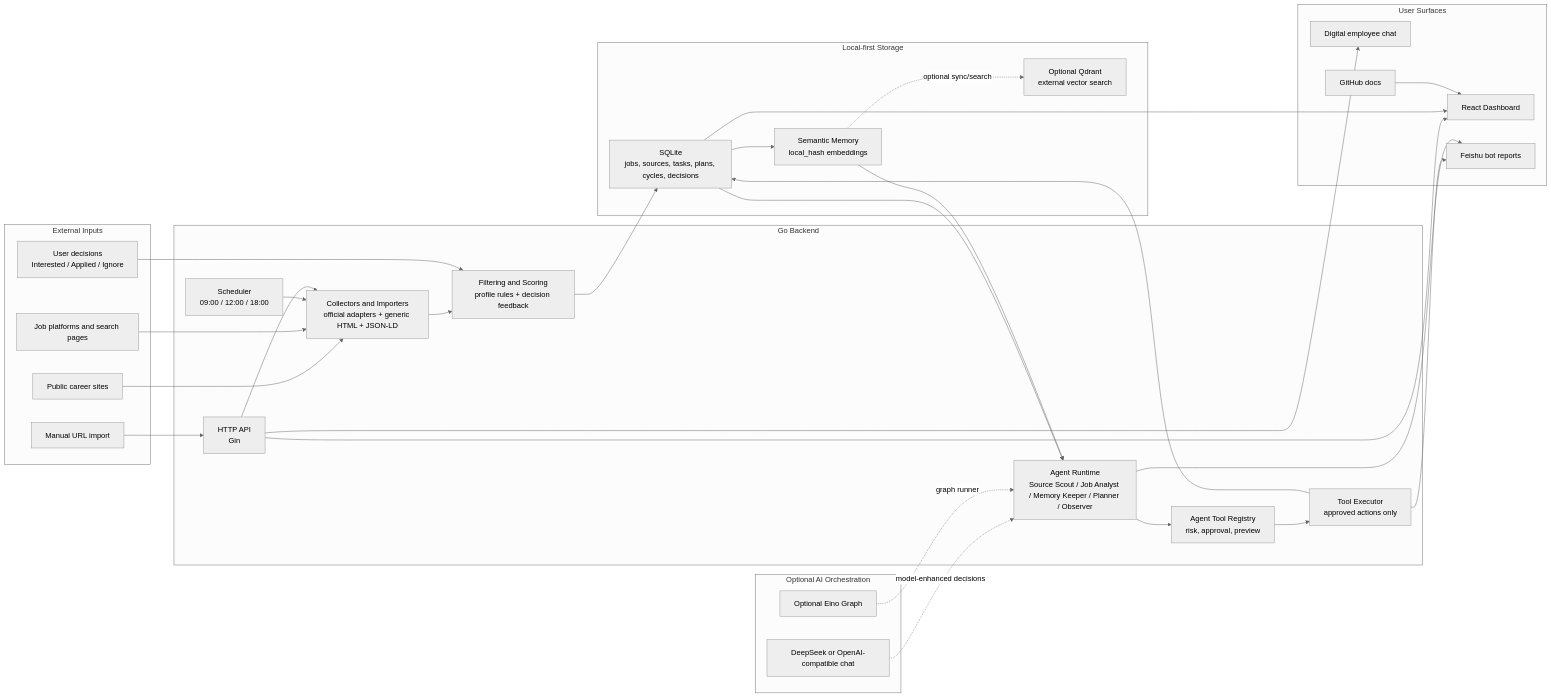
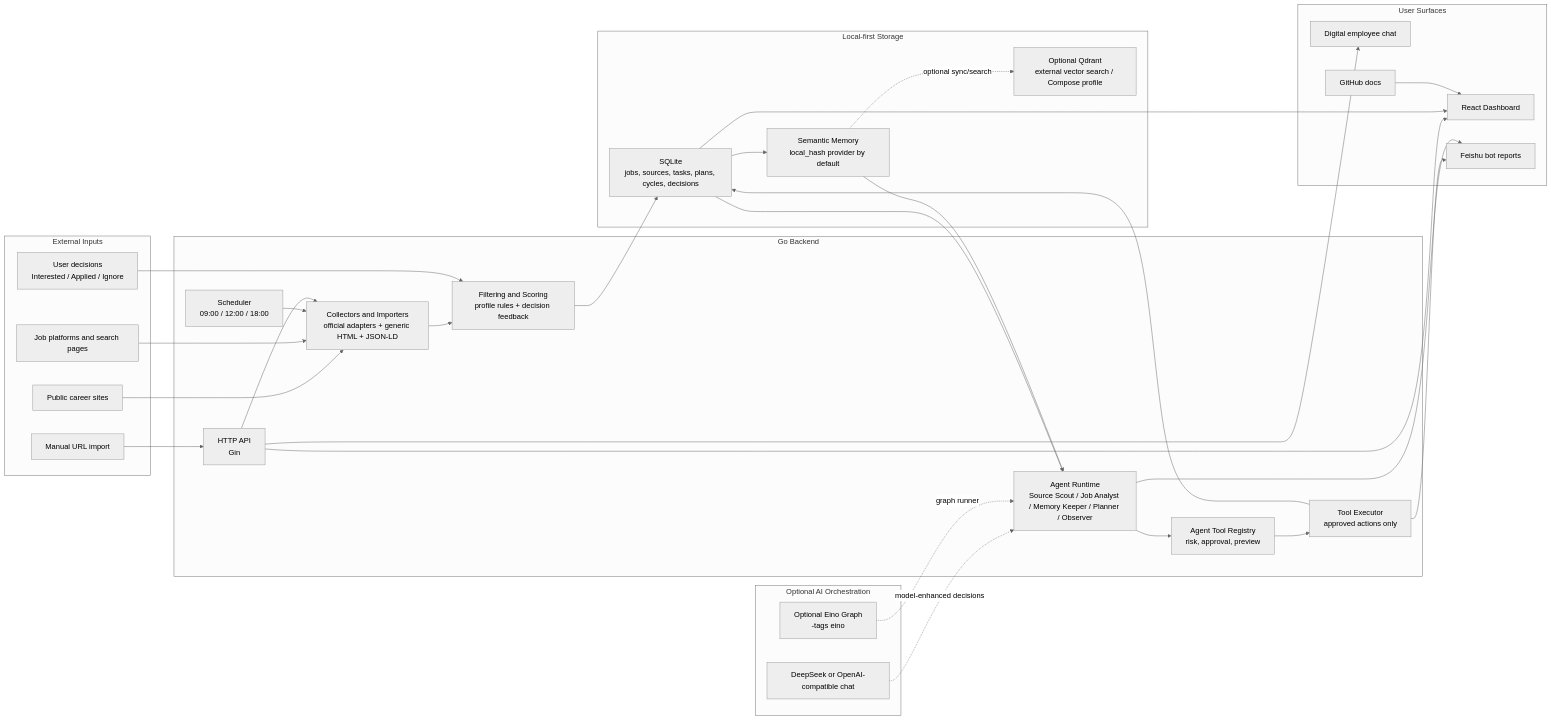
Before and after one commit to wenroudeyanhuo/Job-hunter-agent: the first of 4 diagrams in docs/architecture.md, drawn with Mermaid (neutral theme). The commit also changed other lines of this file and 10 other files, not shown here.

Commit message:
docs: align agent architecture with resume claims

````diff
--- a/docs/architecture.md
+++ b/docs/architecture.md
@@ -7,61 +7,61 @@
 ```mermaid
 flowchart LR
   subgraph External["External Inputs"]
     PublicSources["Public career sites"]
     JobPlatforms["Job platforms and search pages"]
     ManualURLs["Manual URL import"]
     UserFeedback["User decisions<br/>Interested / Applied / Ignore"]
   end
 
   subgraph Backend["Go Backend"]
     API["HTTP API<br/>Gin"]
     Scheduler["Scheduler<br/>09:00 / 12:00 / 18:00"]
     Crawlers["Collectors and Importers<br/>official adapters + generic HTML + JSON-LD"]
     Scoring["Filtering and Scoring<br/>profile rules + decision feedback"]
     AgentRuntime["Agent Runtime<br/>Source Scout / Job Analyst / Memory Keeper / Planner / Observer"]
     ToolRegistry["Agent Tool Registry<br/>risk, approval, preview"]
     ToolExecutor["Tool Executor<br/>approved actions only"]
   end
 
   subgraph Storage["Local-first Storage"]
     SQLite["SQLite<br/>jobs, sources, tasks, plans, cycles, decisions"]
-    SemanticMemory["Semantic Memory<br/>local_hash embeddings"]
-    Qdrant["Optional Qdrant<br/>external vector search"]
+    SemanticMemory["Semantic Memory<br/>local_hash provider by default"]
+    Qdrant["Optional Qdrant<br/>external vector search / Compose profile"]
   end
 
   subgraph OptionalAI["Optional AI Orchestration"]
     DeepSeek["DeepSeek or OpenAI-compatible chat"]
-    Eino["Optional Eino Graph"]
+    Eino["Optional Eino Graph<br/>-tags eino"]
   end
 
   subgraph Outputs["User Surfaces"]
     Dashboard["React Dashboard"]
     Chat["Digital employee chat"]
     Feishu["Feishu bot reports"]
     Docs["GitHub docs"]
   end
 
   PublicSources --> Crawlers
   JobPlatforms --> Crawlers
   ManualURLs --> API
   Scheduler --> Crawlers
   API --> Crawlers
   Crawlers --> Scoring
   UserFeedback --> Scoring
   Scoring --> SQLite
   SQLite --> SemanticMemory
   SemanticMemory -. optional sync/search .-> Qdrant
   SQLite --> AgentRuntime
   SemanticMemory --> AgentRuntime
   DeepSeek -. model-enhanced decisions .-> AgentRuntime
   Eino -. graph runner .-> AgentRuntime
   AgentRuntime --> ToolRegistry
   ToolRegistry --> ToolExecutor
   ToolExecutor --> SQLite
   ToolExecutor --> Feishu
   API --> Dashboard
   API --> Chat
   SQLite --> Dashboard
   AgentRuntime --> Feishu
   Docs --> Dashboard
 ```
````
